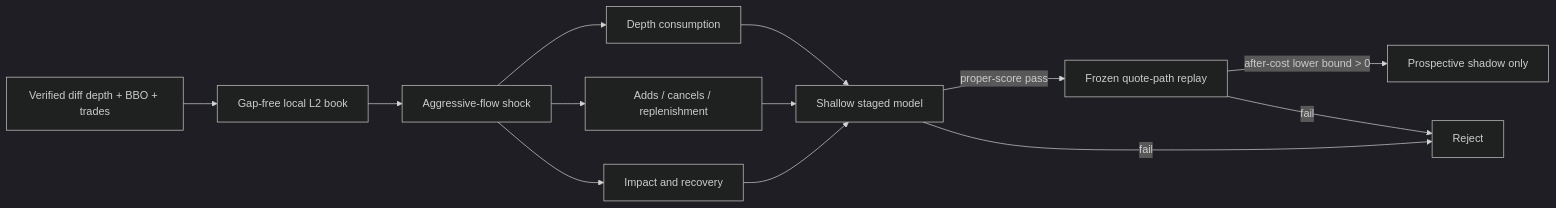
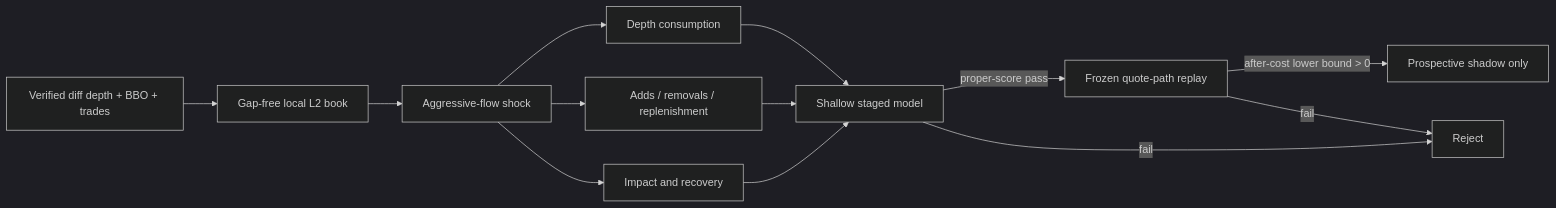
Before and after one commit to strmt7/simple_ai_trading: the diagram in docs/model-research/action-value/round-073-impact-absorption-research.md, drawn with Mermaid (dark theme). The commit also changed other lines of this file and 2 other files, not shown here.

````diff
--- a/docs/model-research/action-value/round-073-impact-absorption-research.md
+++ b/docs/model-research/action-value/round-073-impact-absorption-research.md
@@ -20,15 +20,15 @@
 ```mermaid
 flowchart LR
   A["Verified diff depth + BBO + trades"] --> B["Gap-free local L2 book"]
   B --> C["Aggressive-flow shock"]
   C --> D["Depth consumption"]
-  C --> E["Adds / cancels / replenishment"]
+  C --> E["Adds / removals / replenishment"]
   C --> F["Impact and recovery"]
   D --> G["Shallow staged model"]
   E --> G
   F --> G
   G -->|"proper-score pass"| H["Frozen quote-path replay"]
   G -->|"fail"| X["Reject"]
   H -->|"after-cost lower bound > 0"| I["Prospective shadow only"]
   H -->|"fail"| X
 ```
````
